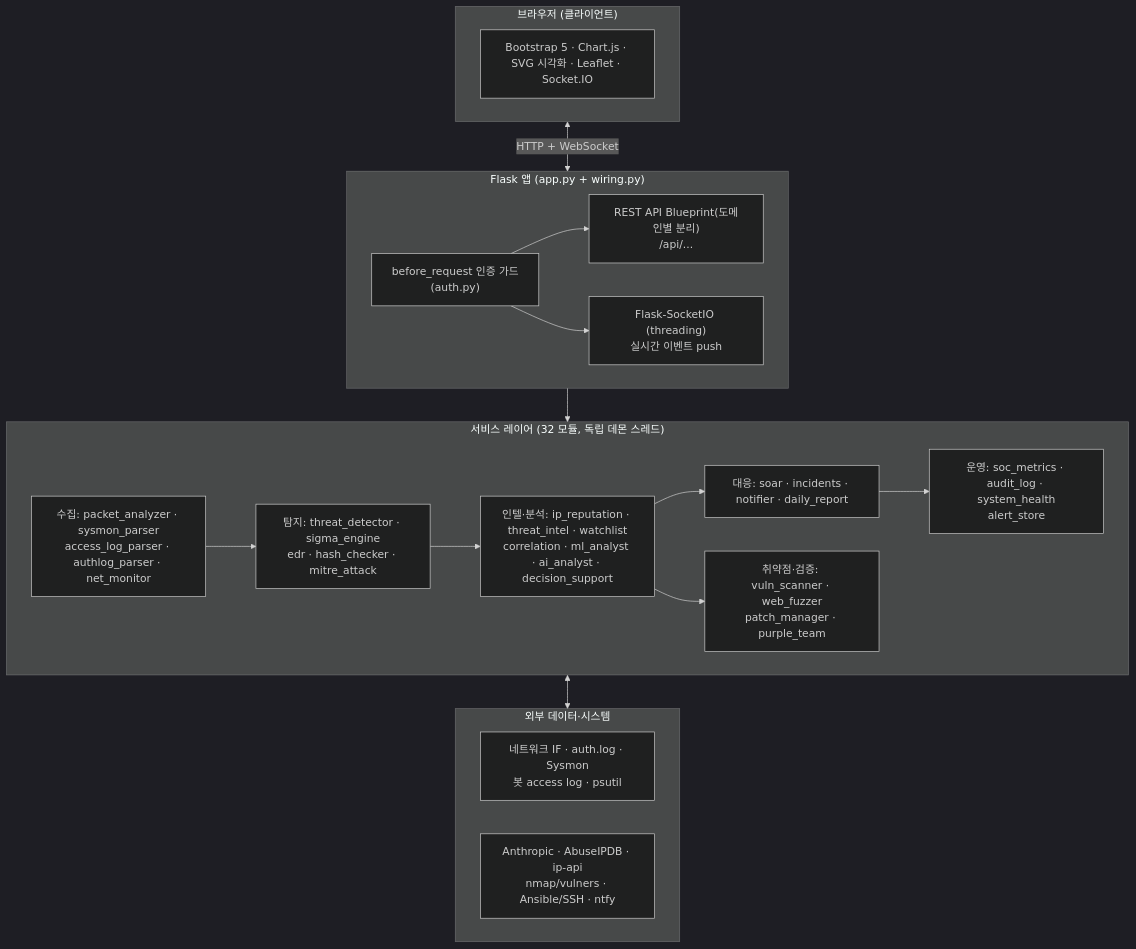
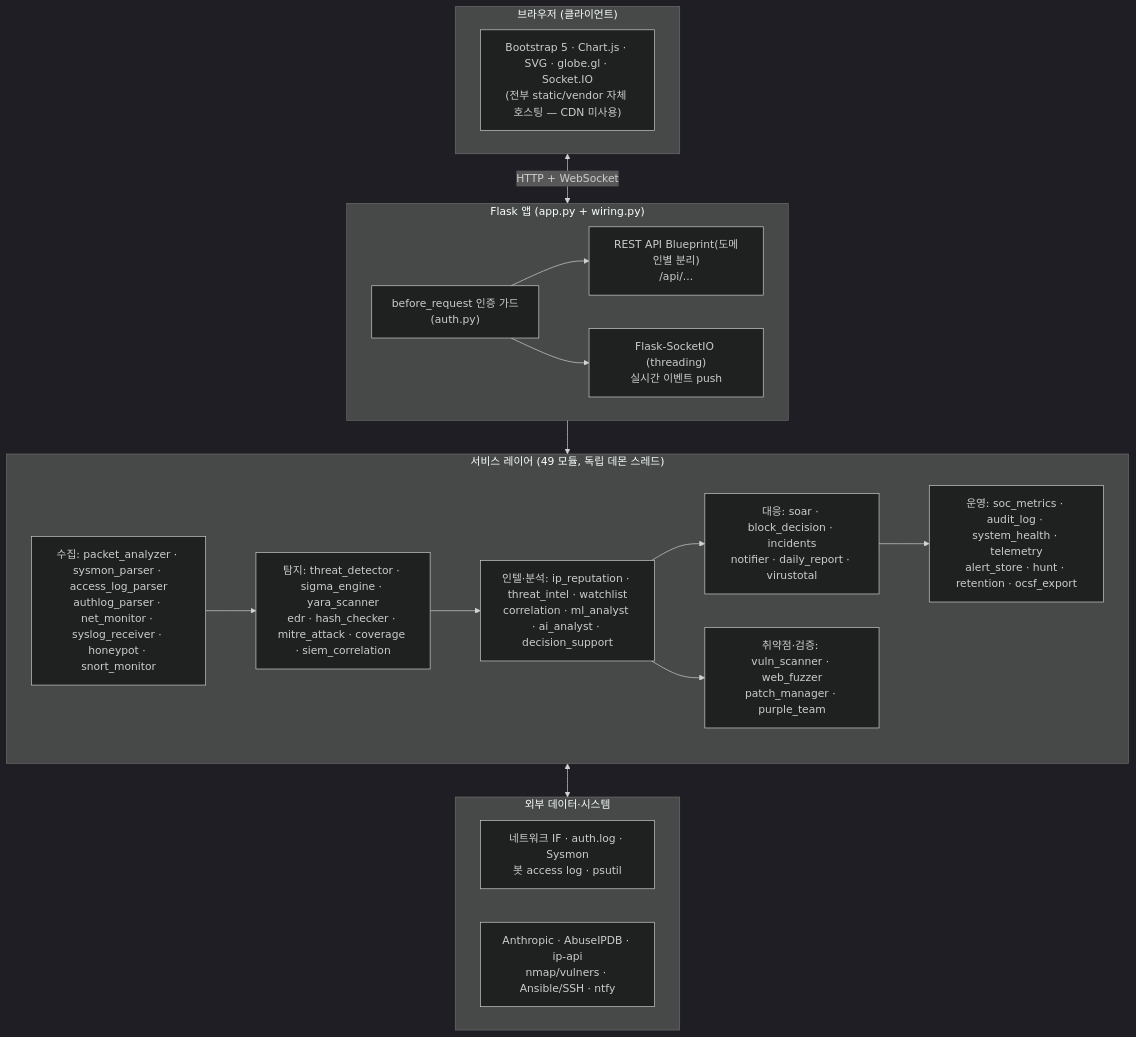
One commit to MintKangaroo/AI-SOC-DashBoard changed the first of 2 diagrams in docs/architecture.md. Above: the diagram before and after it, drawn with Mermaid (dark theme). The commit also changed other lines of this file and 3 other files, not shown here.

````diff
--- a/docs/architecture.md
+++ b/docs/architecture.md
@@ -5,30 +5,30 @@
 ```mermaid
 flowchart TB
   subgraph Client["브라우저 (클라이언트)"]
-    UI["Bootstrap 5 · Chart.js · SVG 시각화 · Leaflet · Socket.IO"]
+    UI["Bootstrap 5 · Chart.js · SVG · globe.gl · Socket.IO<br/>(전부 static/vendor 자체 호스팅 — CDN 미사용)"]
   end
   subgraph Flask["Flask 앱 (app.py + wiring.py)"]
     API["REST API Blueprint(도메인별 분리)<br/>/api/..."]
     WS["Flask-SocketIO (threading)<br/>실시간 이벤트 push"]
     AUTH["before_request 인증 가드<br/>(auth.py)"]
   end
-  subgraph Services["서비스 레이어 (32 모듈, 독립 데몬 스레드)"]
-    COLLECT["수집: packet_analyzer · sysmon_parser<br/>access_log_parser · authlog_parser · net_monitor"]
-    DETECT["탐지: threat_detector · sigma_engine<br/>edr · hash_checker · mitre_attack"]
+  subgraph Services["서비스 레이어 (49 모듈, 독립 데몬 스레드)"]
+    COLLECT["수집: packet_analyzer · sysmon_parser · access_log_parser<br/>authlog_parser · net_monitor · syslog_receiver · honeypot · snort_monitor"]
+    DETECT["탐지: threat_detector · sigma_engine · yara_scanner<br/>edr · hash_checker · mitre_attack · coverage · siem_correlation"]
     INTEL["인텔·분석: ip_reputation · threat_intel · watchlist<br/>correlation · ml_analyst · ai_analyst · decision_support"]
-    RESPOND["대응: soar · incidents · notifier · daily_report"]
+    RESPOND["대응: soar · block_decision · incidents<br/>notifier · daily_report · virustotal"]
     VULN["취약점·검증: vuln_scanner · web_fuzzer<br/>patch_manager · purple_team"]
-    OPS["운영: soc_metrics · audit_log · system_health<br/>alert_store"]
+    OPS["운영: soc_metrics · audit_log · system_health · telemetry<br/>alert_store · hunt · retention · ocsf_export"]
   end
   subgraph External["외부 데이터·시스템"]
     SRC["네트워크 IF · auth.log · Sysmon<br/>봇 access log · psutil"]
     APIS["Anthropic · AbuseIPDB · ip-api<br/>nmap/vulners · Ansible/SSH · ntfy"]
   end
   Client <-->|"HTTP + WebSocket"| Flask
   AUTH --> API & WS
   Flask --> Services
   COLLECT --> DETECT --> INTEL --> RESPOND
   INTEL --> VULN
   RESPOND --> OPS
   Services <--> External
 ```
````
